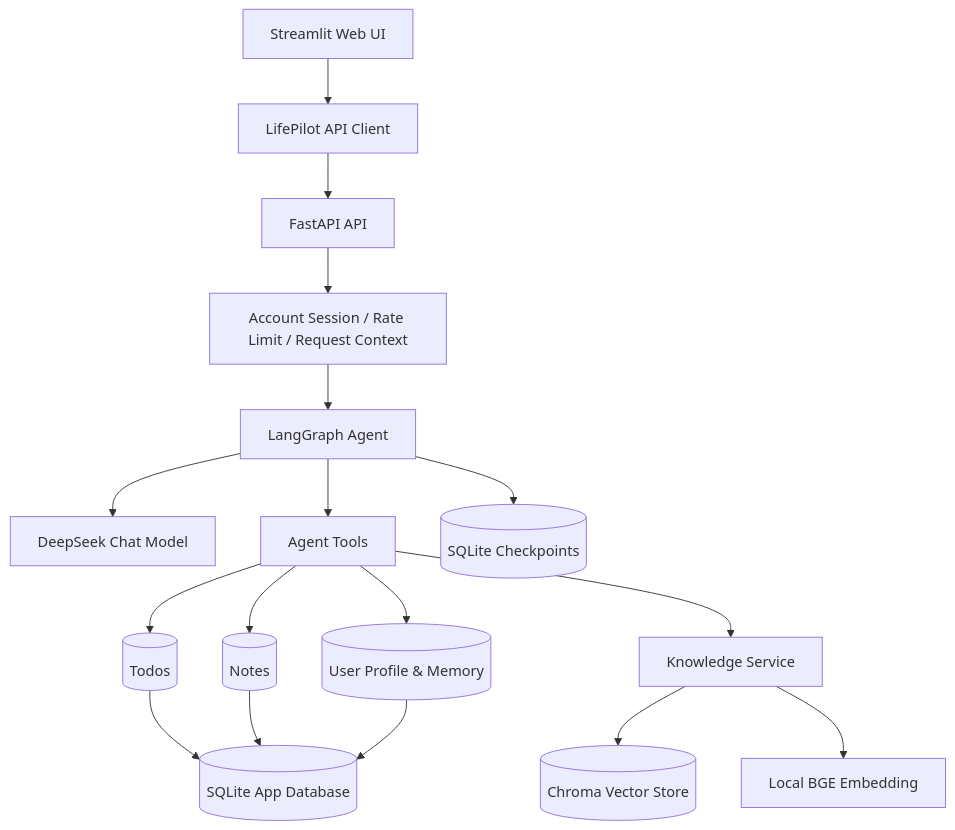
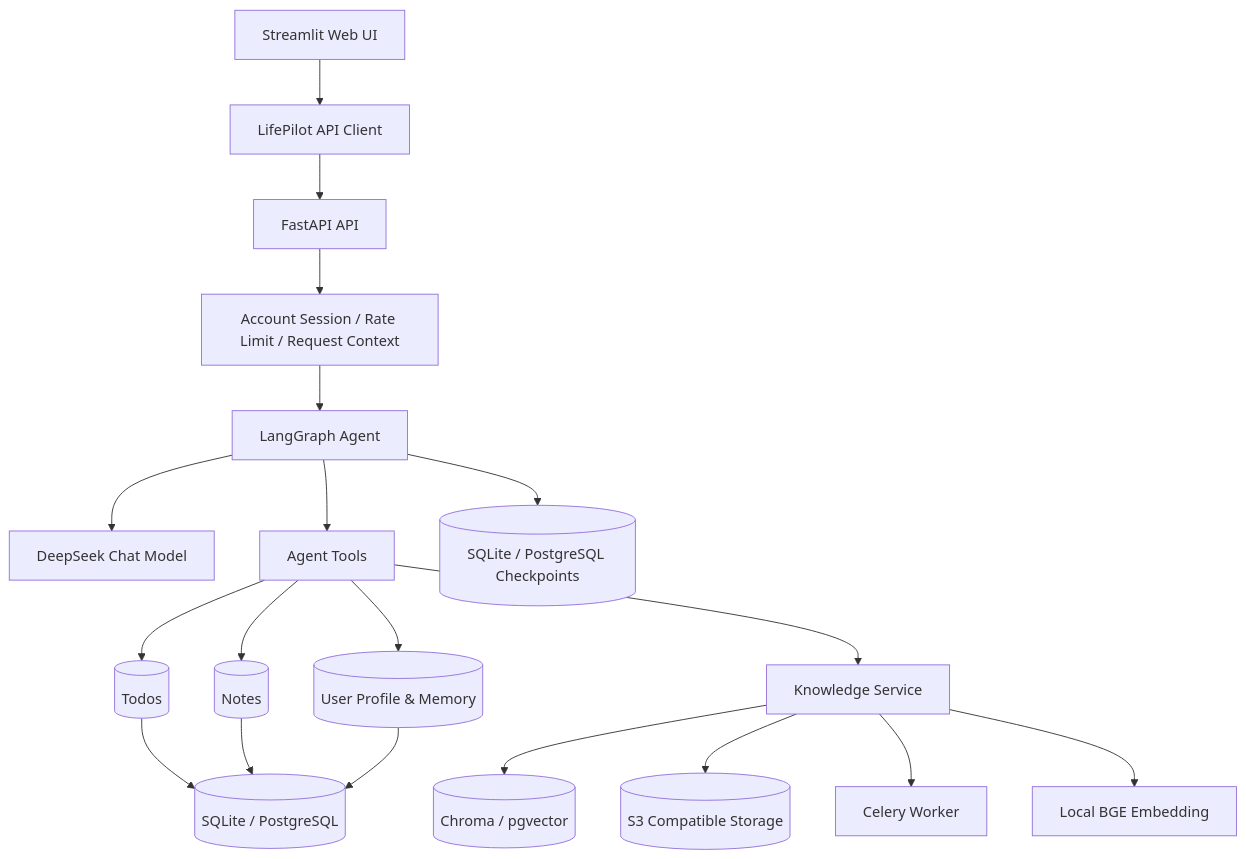
Before and after one commit to AFPyannian/lifepilot-agent: the first of 2 diagrams in README.md, drawn with Mermaid. The commit also changed other lines of this file and 45 other files, not shown here.

````diff
--- a/README.md
+++ b/README.md
@@ -30,22 +31,24 @@
 ```mermaid
 flowchart TD
     UI[Streamlit Web UI] --> CLIENT[LifePilot API Client]
     CLIENT --> API[FastAPI API]
     API --> SECURITY[Account Session / Rate Limit / Request Context]
     SECURITY --> GRAPH[LangGraph Agent]
 
     GRAPH --> MODEL[DeepSeek Chat Model]
     GRAPH --> TOOLS[Agent Tools]
-    GRAPH --> CHECKPOINT[(SQLite Checkpoints)]
+    GRAPH --> CHECKPOINT[(SQLite / PostgreSQL Checkpoints)]
 
     TOOLS --> TODO[(Todos)]
     TOOLS --> NOTES[(Notes)]
     TOOLS --> MEMORY[(User Profile & Memory)]
     TOOLS --> RAG[Knowledge Service]
 
-    TODO --> APPDB[(SQLite App Database)]
+    TODO --> APPDB[(SQLite / PostgreSQL)]
     NOTES --> APPDB
     MEMORY --> APPDB
-    RAG --> CHROMA[(Chroma Vector Store)]
+    RAG --> CHROMA[(Chroma / pgvector)]
+    RAG --> OBJECT[(S3 Compatible Storage)]
+    RAG --> WORKER[Celery Worker]
     RAG --> EMBEDDING[Local BGE Embedding]
 ```
````
